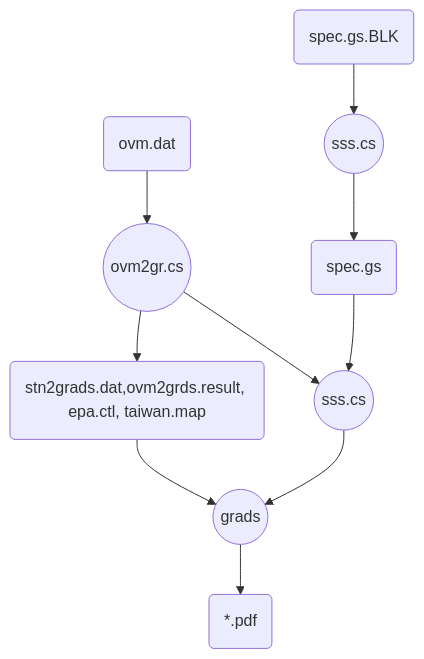
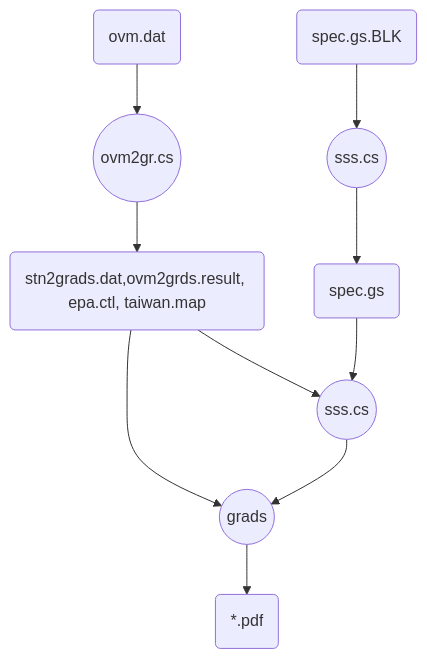
The first of 3 diagrams in _posts/2022-07-21-ovm2grads.md (sinotec2/FAQ), drawn with Mermaid before and after one commit.

````diff
--- a/_posts/2022-07-21-ovm2grads.md
+++ b/_posts/2022-07-21-ovm2grads.md
@@ -23,12 +23,12 @@
 ```mermaid
 graph TD
     A(ovm.dat) --> G((ovm2gr.cs))
     G --> B(stn2grads.dat,ovm2grds.result, epa.ctl, taiwan.map)
     D(spec.gs.BLK) --> H((sss.cs))
     H --> C(spec.gs)
     B --> E((grads))
     C --> I((sss.cs))
-    G --> I
+    B --> I
     I --> E
     E --> F(*.pdf)
 ```
````
